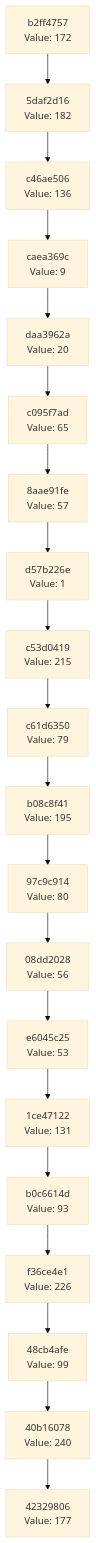
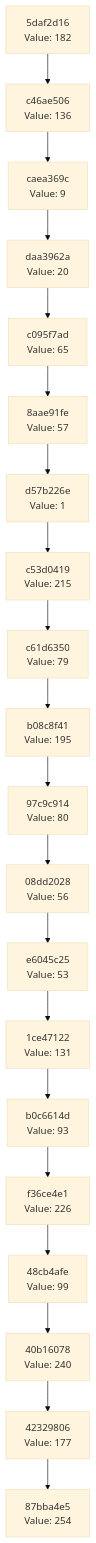
One commit to Abhisheksinha1506/hash-chain-evolver changed the diagram in docs/CHAIN_VISUALIZATION.md. Above: the diagram before and after it, drawn with Mermaid (base theme). The commit also changed 3 other files, not shown here.

````diff
--- a/docs/CHAIN_VISUALIZATION.md
+++ b/docs/CHAIN_VISUALIZATION.md
@@ -3,42 +3,42 @@
 ```mermaid
 graph TD
-    C0["42329806<br/>Value: 177"]
-    C1["40b16078<br/>Value: 240"]
+    C0["87bba4e5<br/>Value: 254"]
+    C1["42329806<br/>Value: 177"]
     C1 --> C0
-    C2["48cb4afe<br/>Value: 99"]
+    C2["40b16078<br/>Value: 240"]
     C2 --> C1
-    C3["f36ce4e1<br/>Value: 226"]
+    C3["48cb4afe<br/>Value: 99"]
     C3 --> C2
-    C4["b0c6614d<br/>Value: 93"]
+    C4["f36ce4e1<br/>Value: 226"]
     C4 --> C3
-    C5["1ce47122<br/>Value: 131"]
+    C5["b0c6614d<br/>Value: 93"]
     C5 --> C4
-    C6["e6045c25<br/>Value: 53"]
+    C6["1ce47122<br/>Value: 131"]
     C6 --> C5
-    C7["08dd2028<br/>Value: 56"]
+    C7["e6045c25<br/>Value: 53"]
     C7 --> C6
-    C8["97c9c914<br/>Value: 80"]
+    C8["08dd2028<br/>Value: 56"]
     C8 --> C7
-    C9["b08c8f41<br/>Value: 195"]
+    C9["97c9c914<br/>Value: 80"]
     C9 --> C8
-    C10["c61d6350<br/>Value: 79"]
+    C10["b08c8f41<br/>Value: 195"]
     C10 --> C9
-    C11["c53d0419<br/>Value: 215"]
+    C11["c61d6350<br/>Value: 79"]
     C11 --> C10
-    C12["d57b226e<br/>Value: 1"]
+    C12["c53d0419<br/>Value: 215"]
     C12 --> C11
-    C13["8aae91fe<br/>Value: 57"]
+    C13["d57b226e<br/>Value: 1"]
     C13 --> C12
-    C14["c095f7ad<br/>Value: 65"]
+    C14["8aae91fe<br/>Value: 57"]
     C14 --> C13
-    C15["daa3962a<br/>Value: 20"]
+    C15["c095f7ad<br/>Value: 65"]
     C15 --> C14
-    C16["caea369c<br/>Value: 9"]
+    C16["daa3962a<br/>Value: 20"]
     C16 --> C15
-    C17["c46ae506<br/>Value: 136"]
+    C17["caea369c<br/>Value: 9"]
     C17 --> C16
-    C18["5daf2d16<br/>Value: 182"]
+    C18["c46ae506<br/>Value: 136"]
     C18 --> C17
-    C19["b2ff4757<br/>Value: 172"]
+    C19["5daf2d16<br/>Value: 182"]
     C19 --> C18
 ```
````
